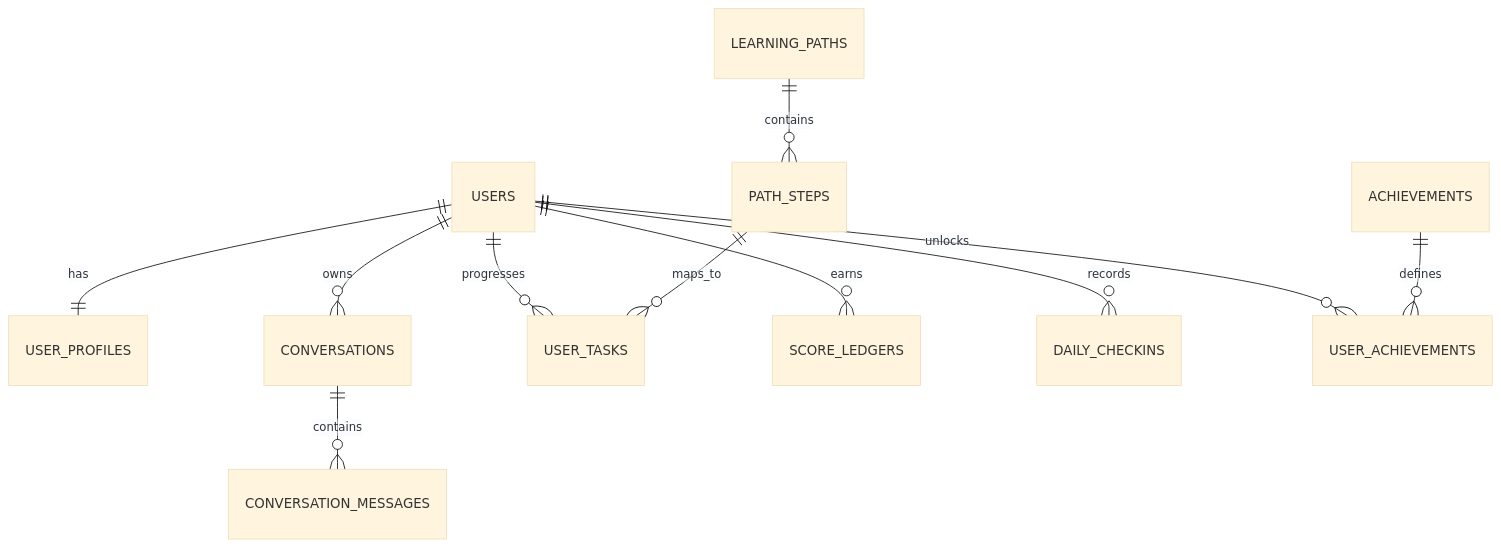
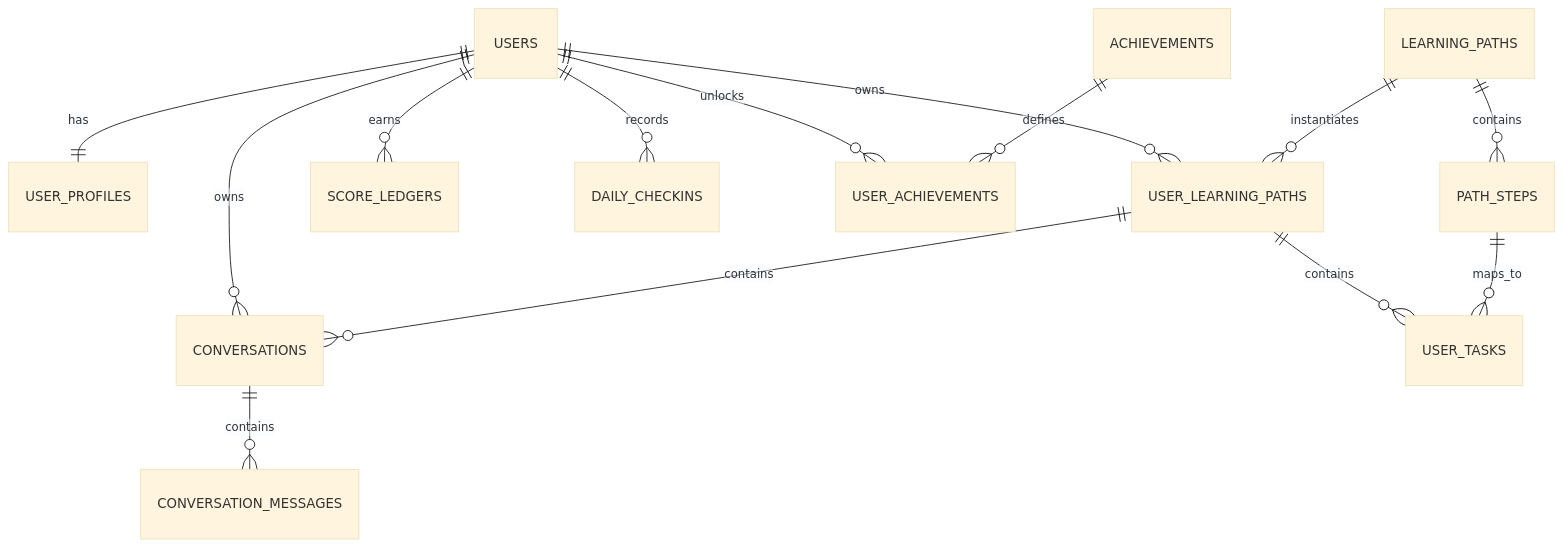
Before and after one commit to ChengZhuo2025/codetutor: the second of 6 diagrams in docs/plans/2026-03-23-ai-coding-tutor-technical-architecture.md, drawn with Mermaid (base theme). The commit also changed other lines of this file and 20 other files, not shown here.

````diff
--- a/docs/plans/2026-03-23-ai-coding-tutor-technical-architecture.md
+++ b/docs/plans/2026-03-23-ai-coding-tutor-technical-architecture.md
@@ -322,13 +348,16 @@
 ```mermaid
 erDiagram
     USERS ||--|| USER_PROFILES : has
+    USERS ||--o{ USER_LEARNING_PATHS : owns
+    LEARNING_PATHS ||--o{ USER_LEARNING_PATHS : instantiates
     USERS ||--o{ CONVERSATIONS : owns
-    USERS ||--o{ USER_TASKS : progresses
+    USER_LEARNING_PATHS ||--o{ USER_TASKS : contains
+    USER_LEARNING_PATHS ||--o{ CONVERSATIONS : contains
     USERS ||--o{ SCORE_LEDGERS : earns
     USERS ||--o{ DAILY_CHECKINS : records
     USERS ||--o{ USER_ACHIEVEMENTS : unlocks
     LEARNING_PATHS ||--o{ PATH_STEPS : contains
     PATH_STEPS ||--o{ USER_TASKS : maps_to
     CONVERSATIONS ||--o{ CONVERSATION_MESSAGES : contains
     ACHIEVEMENTS ||--o{ USER_ACHIEVEMENTS : defines
 ```
````
